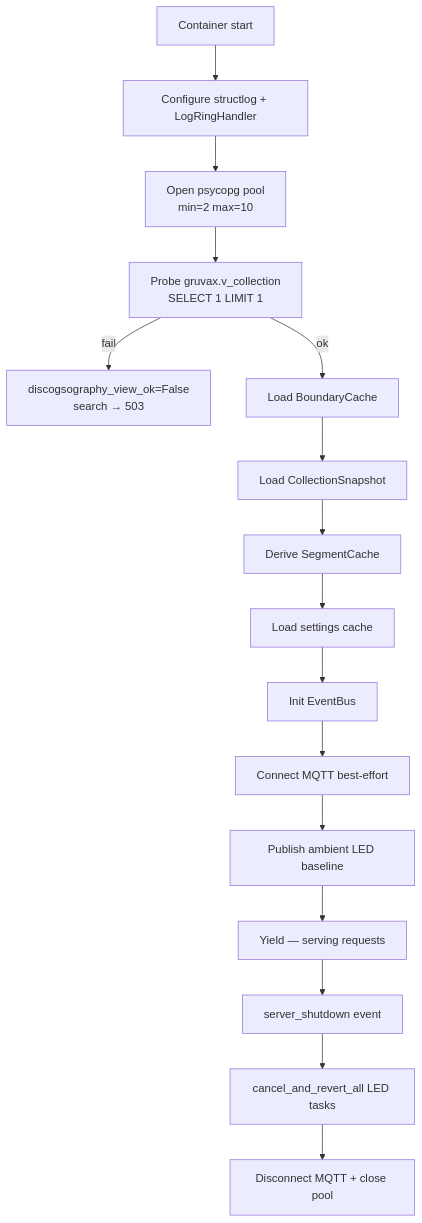
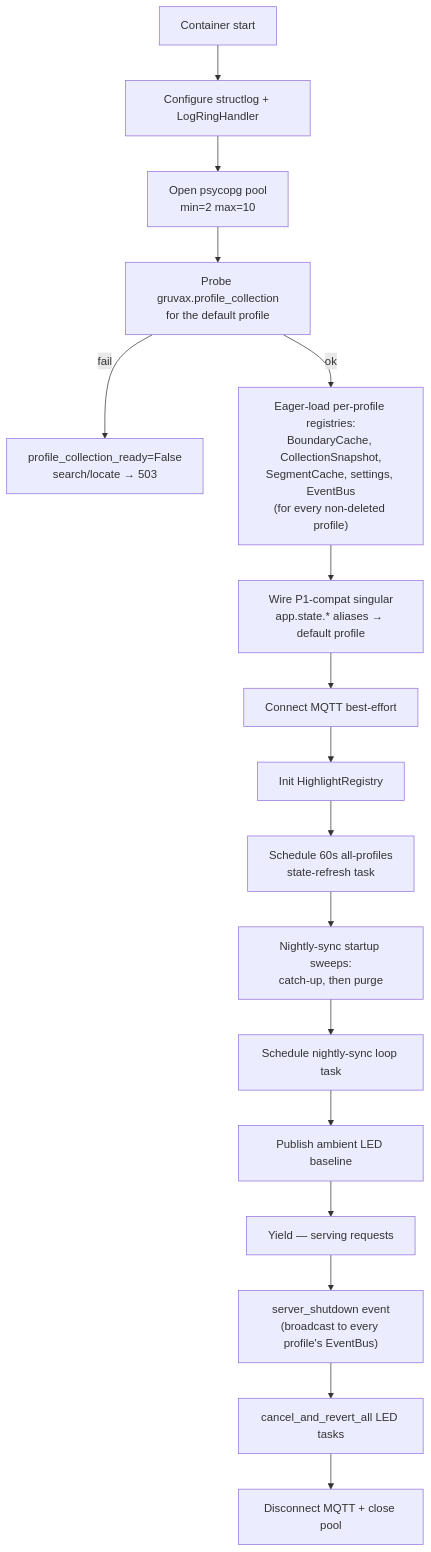
One commit to SimplicityGuy/GRUVAX changed the sixth of 6 diagrams in docs/ARCHITECTURE.md. Above: the diagram before and after it, drawn with Mermaid. The commit also changed other lines of this file, not shown here.

First line of the commit message:
docs(architecture): reconcile ARCHITECTURE.md with v2.1 implementation

````diff
--- a/docs/ARCHITECTURE.md
+++ b/docs/ARCHITECTURE.md
@@ -323,18 +503,19 @@
 ```mermaid
 flowchart TD
     START[Container start] --> LOG[Configure structlog + LogRingHandler]
-    LOG --> POOL[Open psycopg pool\nmin=2 max=10]
-    POOL --> VCOL[Probe gruvax.v_collection\nSELECT 1 LIMIT 1]
-    VCOL -->|fail| DEGRADED[discogsography_view_ok=False\nsearch → 503]
-    VCOL -->|ok| BCACHE[Load BoundaryCache]
-    BCACHE --> SNAP[Load CollectionSnapshot]
-    SNAP --> SEG[Derive SegmentCache]
-    SEG --> SETTINGS[Load settings cache]
-    SETTINGS --> BUS[Init EventBus]
-    BUS --> MQTT[Connect MQTT best-effort]
-    MQTT --> AMBIENT[Publish ambient LED baseline]
+    LOG --> POOL["Open psycopg pool\nmin=2 max=10"]
+    POOL --> PROBE["Probe gruvax.profile_collection\nfor the default profile"]
+    PROBE -->|fail| DEGRADED["profile_collection_ready=False\nsearch/locate → 503"]
+    PROBE -->|ok| REGISTRIES["Eager-load per-profile registries:\nBoundaryCache, CollectionSnapshot,\nSegmentCache, settings, EventBus\n(for every non-deleted profile)"]
+    REGISTRIES --> ALIAS["Wire P1-compat singular\napp.state.* aliases → default profile"]
+    ALIAS --> MQTT[Connect MQTT best-effort]
+    MQTT --> HIGHLIGHT[Init HighlightRegistry]
+    HIGHLIGHT --> STATE["Schedule 60s all-profiles\nstate-refresh task"]
+    STATE --> SWEEPS["Nightly-sync startup sweeps:\ncatch-up, then purge"]
+    SWEEPS --> SYNCLOOP[Schedule nightly-sync loop task]
+    SYNCLOOP --> AMBIENT[Publish ambient LED baseline]
     AMBIENT --> SERVE[Yield — serving requests]
-    SERVE --> SHUTDOWN[server_shutdown event]
+    SERVE --> SHUTDOWN["server_shutdown event\n(broadcast to every profile's EventBus)"]
     SHUTDOWN --> REVERT[cancel_and_revert_all LED tasks]
     REVERT --> DISC[Disconnect MQTT + close pool]
 ```
````
